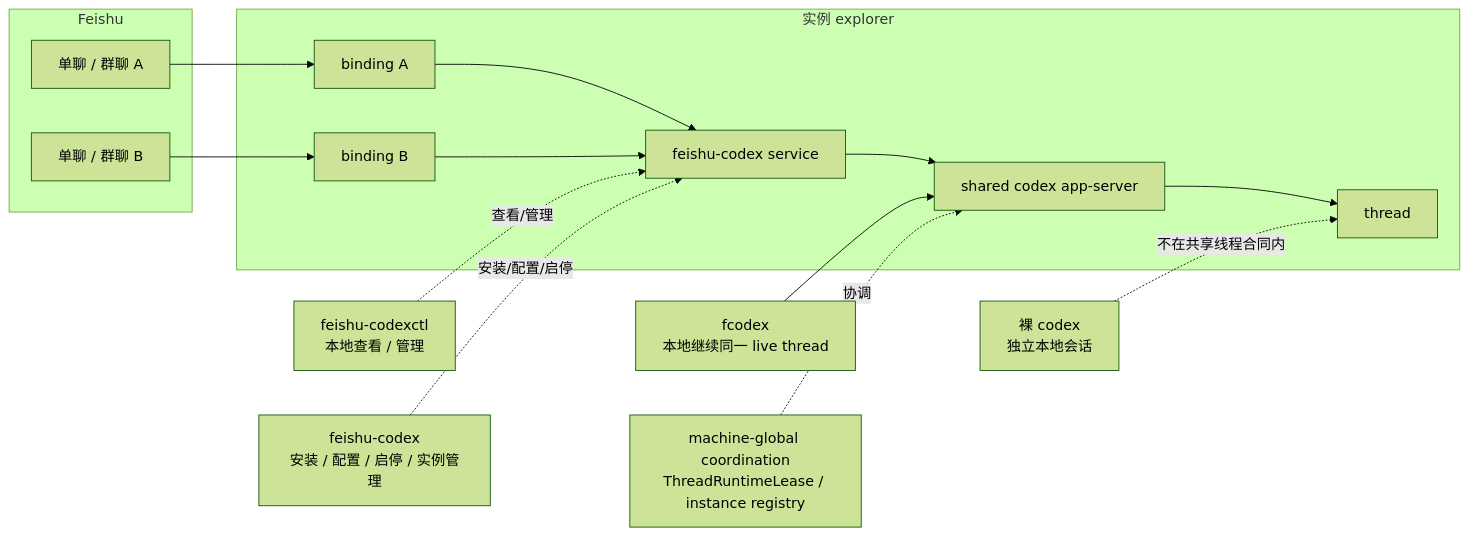
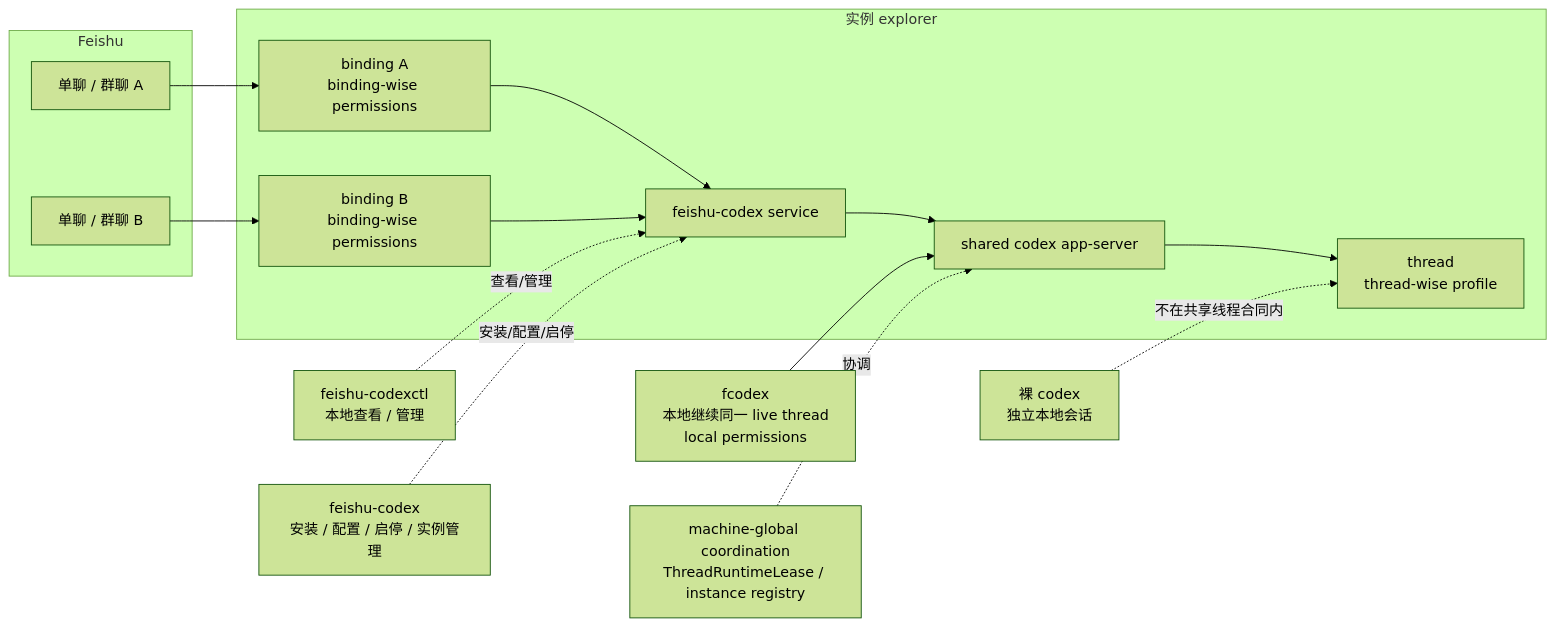
One commit to ZichaoLong/focus changed the first of 2 diagrams in README.md. Above: the diagram before and after it, drawn with Mermaid (forest theme). The commit also changed other lines of this file, not shown here.

````diff
--- a/README.md
+++ b/README.md
@@ -243,31 +265,31 @@
 ```mermaid
 flowchart LR
   subgraph Feishu["Feishu"]
     ChatA["单聊 / 群聊 A"]
     ChatB["单聊 / 群聊 B"]
   end
 
   CLI["feishu-codex<br/>安装 / 配置 / 启停 / 实例管理"]
   CTL["feishu-codexctl<br/>本地查看 / 管理"]
-  TUI["fcodex<br/>本地继续同一 live thread"]
+  TUI["fcodex<br/>本地继续同一 live thread<br/>local permissions"]
   Raw["裸 codex<br/>独立本地会话"]
 
   subgraph Instance["实例 explorer"]
-    BindA["binding A"]
-    BindB["binding B"]
+    BindA["binding A<br/>binding-wise permissions"]
+    BindB["binding B<br/>binding-wise permissions"]
     Service["feishu-codex service"]
     Backend["shared codex app-server"]
-    Thread["thread"]
+    Thread["thread<br/>thread-wise profile"]
   end
 
   Global["machine-global coordination<br/>ThreadRuntimeLease / instance registry"]
 
   ChatA --> BindA --> Service
   ChatB --> BindB --> Service
   Service --> Backend --> Thread
   TUI --> Backend
   CTL -.查看/管理.-> Service
   CLI -.安装/配置/启停.-> Service
   Global -.协调.-> Backend
   Raw -.不在共享线程合同内.-> Thread
 ```
````
